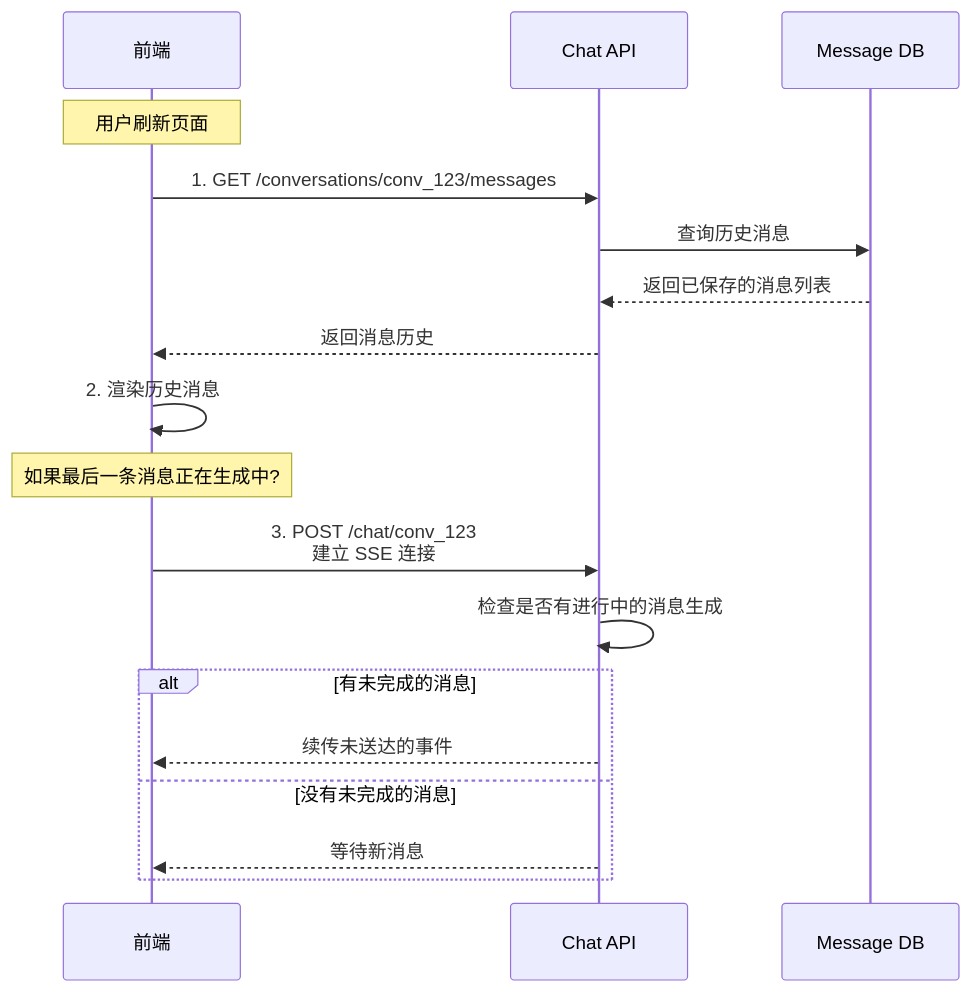
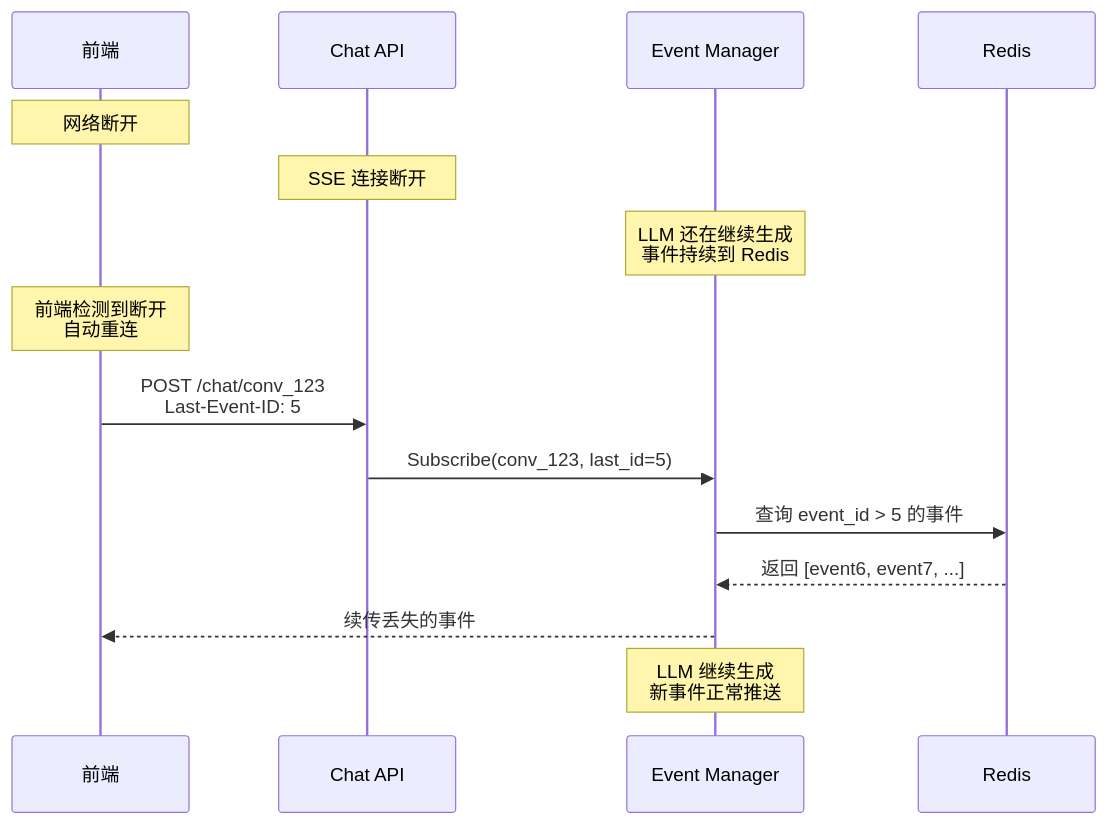
The diagram in all/未命名-10.md (yingjianzh/iodraw-files), drawn with Mermaid before and after one commit.

Commit message:
2025-12-24 09:56:45 update

````diff
--- a/all/未命名-10.md
+++ b/all/未命名-10.md
@@ -1,26 +1,23 @@
 ```mermaid
 sequenceDiagram
     participant FE as 前端
     participant API as Chat API
-    participant DB as Message DB
+    participant EM as Event Manager
+    participant Redis as Redis
     
-    Note over FE: 用户刷新页面
+    Note over FE: 网络断开
+    Note over API: SSE 连接断开
+    Note over EM: LLM 还在继续生成<br/>事件持续到 Redis
     
-    FE->>API: 1. GET /conversations/conv_123/messages
-    API->>DB: 查询历史消息
-    DB-->>API: 返回已保存的消息列表
-    API-->>FE: 返回消息历史
+    Note over FE: 前端检测到断开<br/>自动重连
     
-    FE->>FE: 2. 渲染历史消息
+    FE->>API: POST /chat/conv_123<br/>Last-Event-ID: 5
     
-    Note over FE: 如果最后一条消息正在生成中?
+    API->>EM: Subscribe(conv_123, last_id=5)
+    EM->>Redis: 查询 event_id > 5 的事件
+    Redis-->>EM: 返回 [event6, event7, ...]
     
-    FE->>API: 3. POST /chat/conv_123<br/>建立 SSE 连接
-    API->>API: 检查是否有进行中的消息生成
+    EM-->>FE: 续传丢失的事件
     
-    alt 有未完成的消息
-        API-->>FE: 续传未送达的事件
-    else 没有未完成的消息
-        API-->>FE: 等待新消息
-    end
+    Note over EM: LLM 继续生成<br/>新事件正常推送
 ```
````
